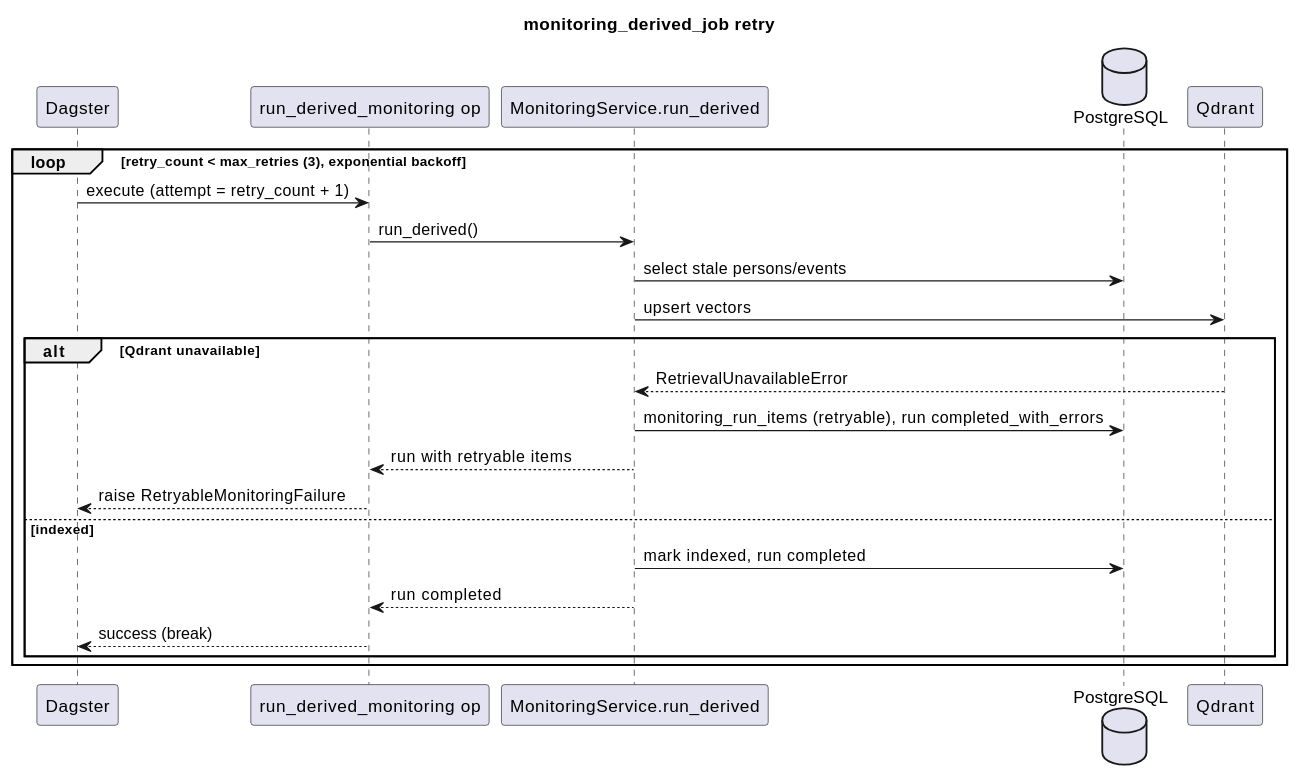
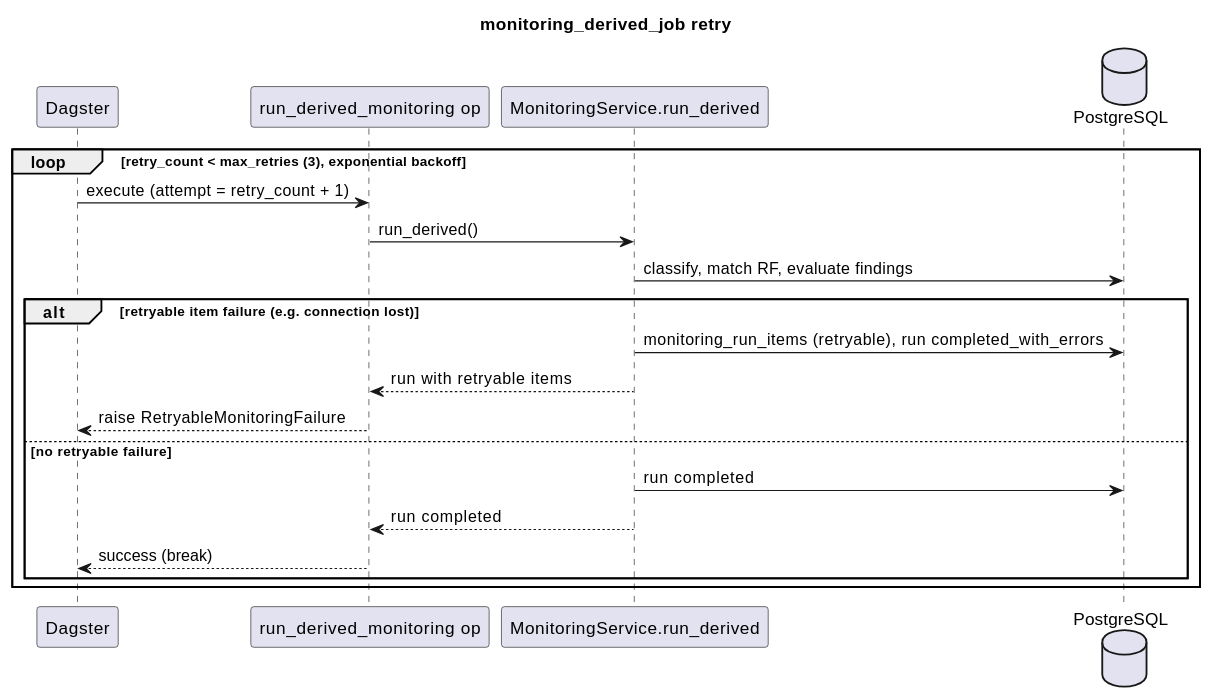
One commit to megannnn98/court-monitor changed the third of 3 diagrams in docs/wiki/Monitoring.md. Above: the diagram before and after it, drawn with PlantUML. The commit also changed other lines of this file and 33 other files, not shown here.

````diff
--- a/docs/wiki/Monitoring.md
+++ b/docs/wiki/Monitoring.md
@@ -164,27 +156,24 @@
 ```plantuml
 @startuml
 title monitoring_derived_job retry
 participant "Dagster" as D
 participant "run_derived_monitoring op" as Op
 participant "MonitoringService.run_derived" as S
 database "PostgreSQL" as PG
-participant "Qdrant" as Q
 
 loop retry_count < max_retries (3), exponential backoff
   D -> Op : execute (attempt = retry_count + 1)
   Op -> S : run_derived()
-  S -> PG : select stale persons/events
-  S -> Q : upsert vectors
-  alt Qdrant unavailable
-    Q --> S : RetrievalUnavailableError
+  S -> PG : classify, match RF, evaluate findings
+  alt retryable item failure (e.g. connection lost)
     S -> PG : monitoring_run_items (retryable), run completed_with_errors
     S --> Op : run with retryable items
     Op --> D : raise RetryableMonitoringFailure
-  else indexed
-    S -> PG : mark indexed, run completed
+  else no retryable failure
+    S -> PG : run completed
     S --> Op : run completed
     Op --> D : success (break)
   end
 end
 @enduml
 ```
````
